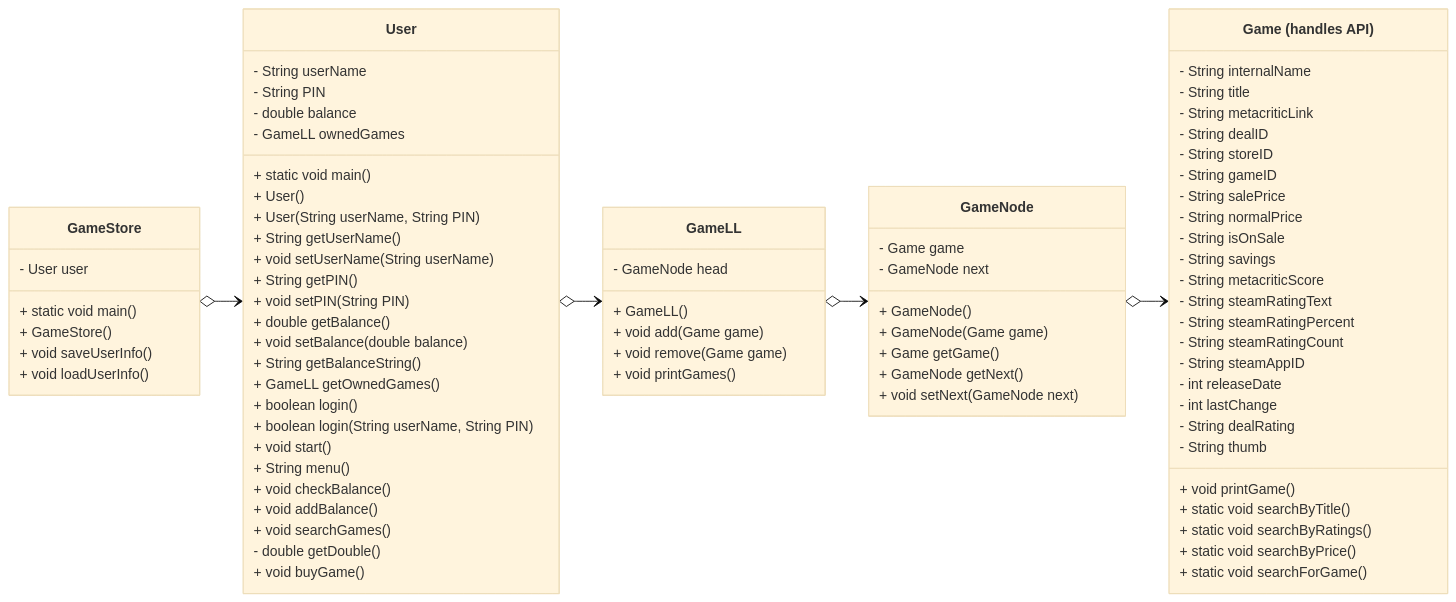
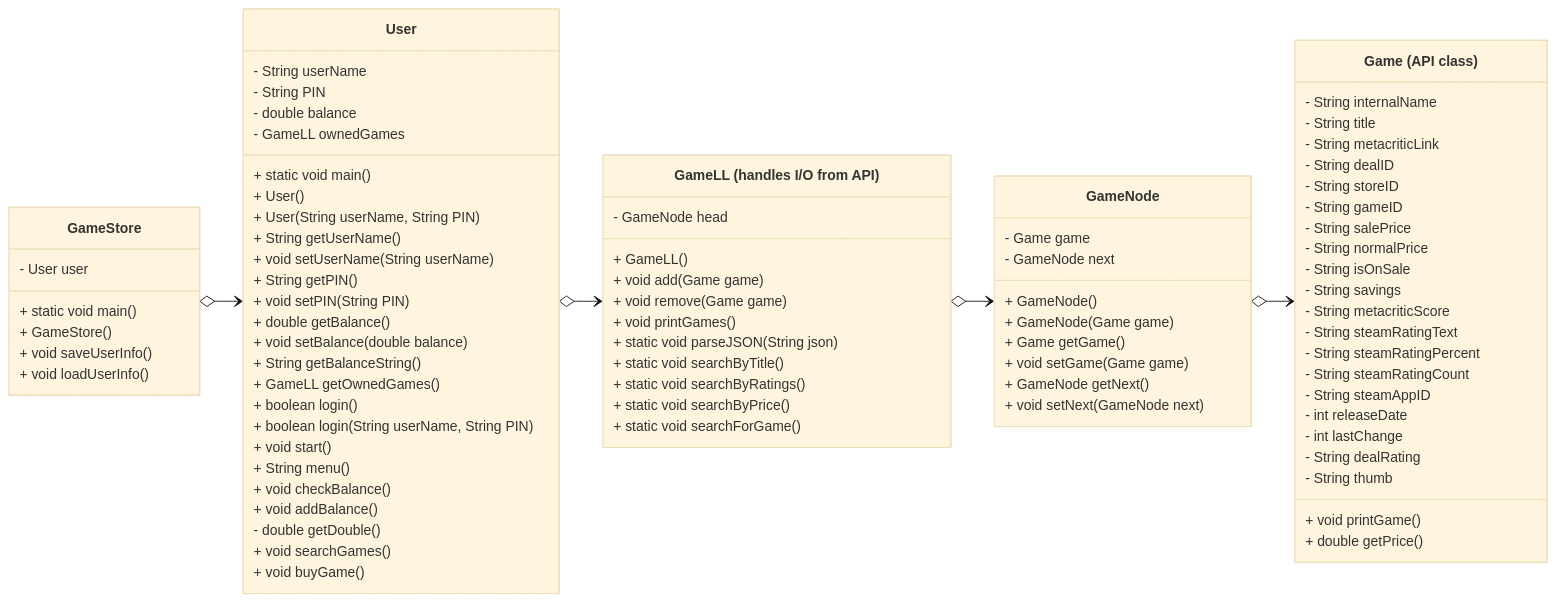
The diagram in README.md (abbykeck/CS121FinalProject), drawn with Mermaid (base theme) before and after one commit. The commit also changed other lines of this file, not shown here.

```diff
--- a/README.md
+++ b/README.md
@@ -33,11 +33,11 @@
     + String menu()
     + void checkBalance()
     + void addBalance()
+    - double getDouble()
     + void searchGames()
-    - double getDouble()
     + void buyGame()
 }
-class Game ["Game (handles API)"]{
+class Game ["Game (API class)"]{
     - String internalName
     - String title
     - String metacriticLink
@@ -58,17 +58,19 @@
     - String dealRating
     - String thumb
     + void printGame()
-    + static void searchByTitle()
-    + static void searchByRatings()
-    + static void searchByPrice()
-    + static void searchForGame()
+    + double getPrice()
 }
-class GameLL {
+class GameLL ["GameLL (handles I/O from API)"]{
     - GameNode head
     + GameLL()
     + void add(Game game)
     + void remove(Game game)
     + void printGames()
+    + static void parseJSON(String json)
+    + static void searchByTitle()
+    + static void searchByRatings()
+    + static void searchByPrice()
+    + static void searchForGame()
 }
 class GameNode {
     - Game game
@@ -76,6 +78,7 @@
     + GameNode()
     + GameNode(Game game)
     + Game getGame()
+    + void setGame(Game game)
     + GameNode getNext()
     + void setNext(GameNode next)
 }
```
